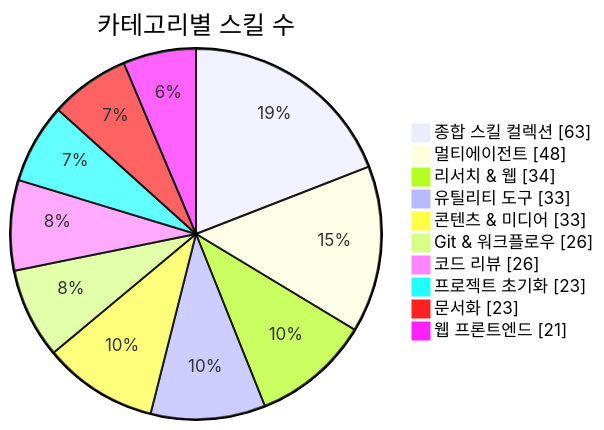
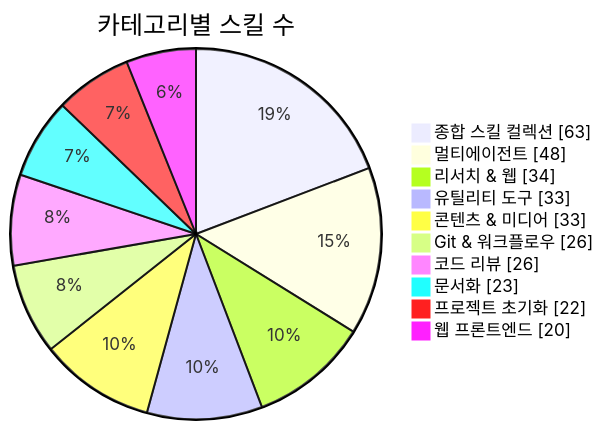
Before and after one commit to J-nowcow/awesome-korean-agent-skills: the first of 3 diagrams in README.md, drawn with Mermaid. The commit also changed other lines of this file and 26 other files, not shown here.

````diff
--- a/README.md
+++ b/README.md
@@ -176,14 +176,14 @@
 ```mermaid
 pie showData
     title 카테고리별 스킬 수
     "종합 스킬 컬렉션" : 63
     "멀티에이전트" : 48
     "리서치 & 웹" : 34
     "유틸리티 도구" : 33
     "콘텐츠 & 미디어" : 33
     "Git & 워크플로우" : 26
     "코드 리뷰" : 26
-    "프로젝트 초기화" : 23
     "문서화" : 23
-    "웹 프론트엔드" : 21
+    "프로젝트 초기화" : 22
+    "웹 프론트엔드" : 20
 ```
````
